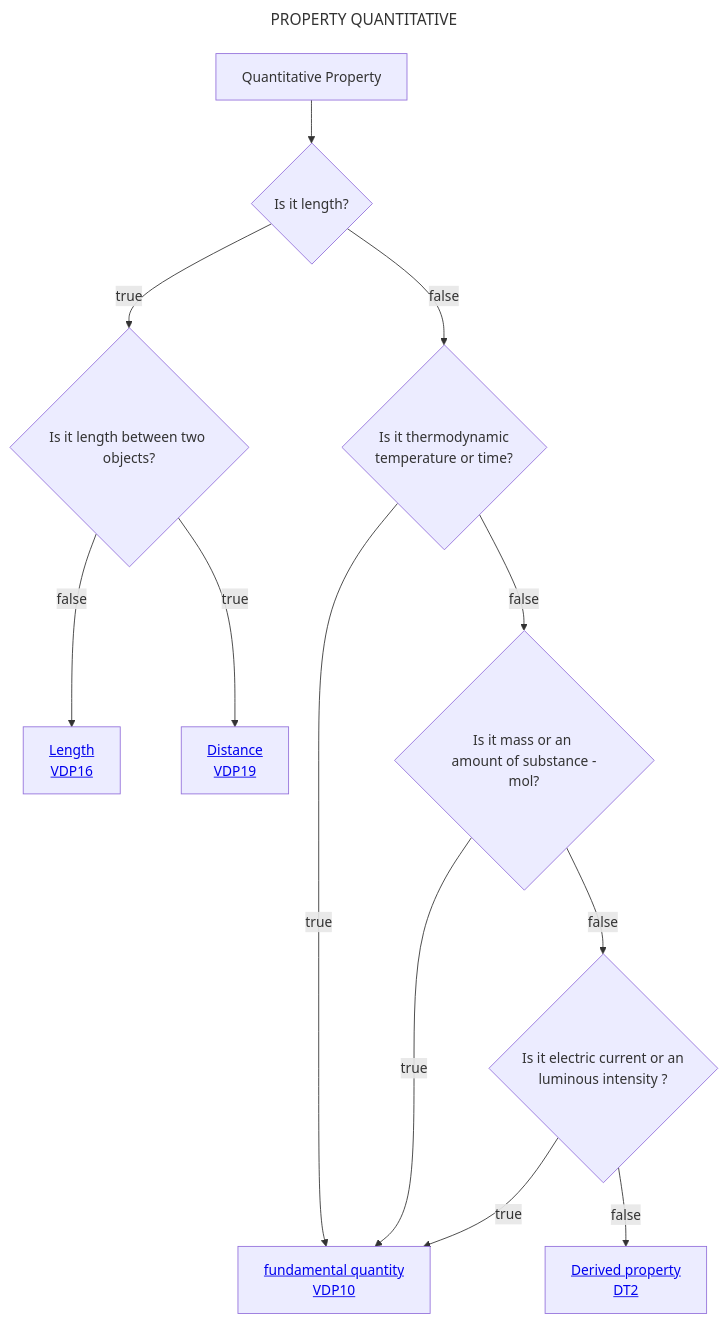
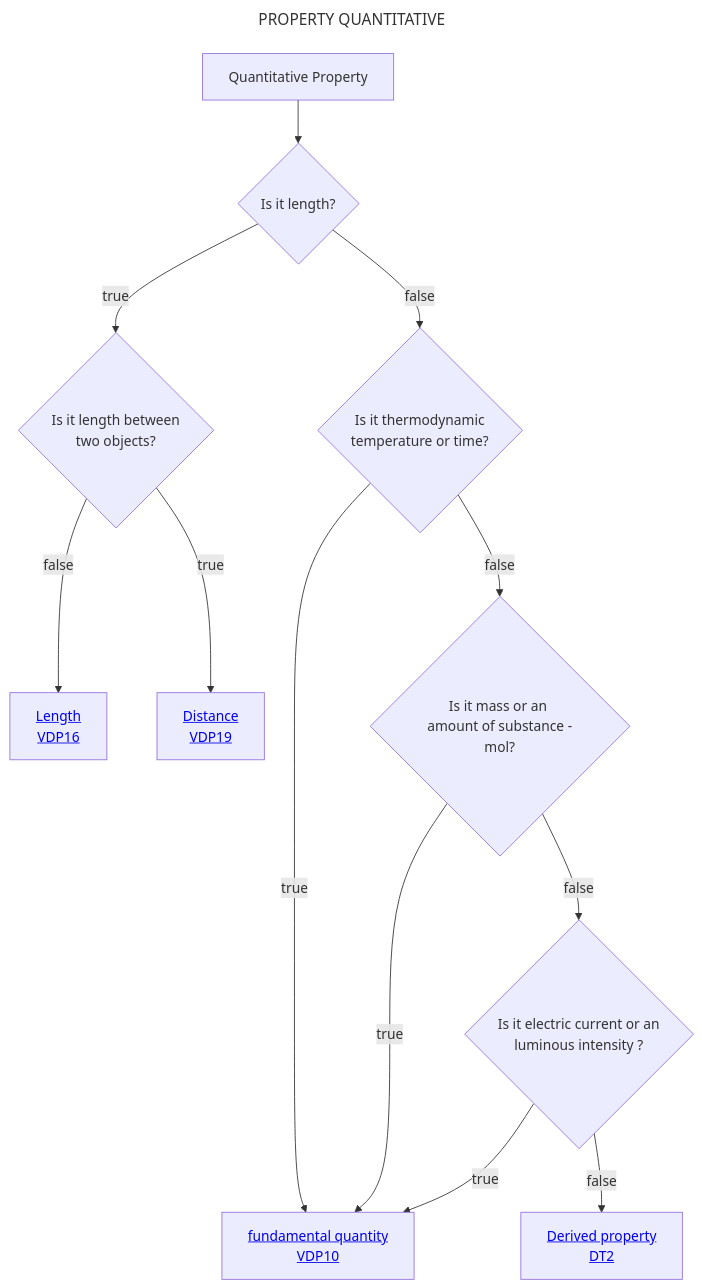
The diagram in Decisition_trees/DT1.mmd (mabablue/I-ADOPT-patterns-playground), drawn with Mermaid before and after one commit.

```diff
--- a/Decisition_trees/DT1.mmd
+++ b/Decisition_trees/DT1.mmd
@@ -1,15 +1,15 @@
 ---
 title: PROPERTY QUANTITATIVE
 ---
 flowchart TD
     A[Quantitative Property] --> C{Is it length?}
-    C --> |true|E{Is it length between two objects?}
+    C --> |true|E{Is it length between <br> two objects?}
     C --> |false|F{Is it thermodynamic <br> temperature or time?}
     F --> |true|G[<a href='https://github.com/mabablue/I-ADOPT-patterns-playground/blob/main/pattern/VDP10.yaml'>fundamental quantity <br> VDP10</a>] 
     F --> |false|H{Is it mass or an <br> amount of substance - mol?}
     H --> |true|G
     H --> |false|K{Is it electric current or an <br> luminous intensity ?}
     K --> |true|G
     K --> |false|M[<a href='https://github.com/mabablue/I-ADOPT-patterns-playground/blob/main/Decisition_trees/DT2.mmd'>Derived property <br> DT2</a>] 
     E --> |false|N[<a href='https://github.com/mabablue/I-ADOPT-patterns-playground/blob/main/pattern/VDP16.yaml'>Length <br> VDP16</a>] 
     E --> |true|O[<a href='https://github.com/mabablue/I-ADOPT-patterns-playground/blob/main/pattern/VDP19.yaml'>Distance <br> VDP19</a>] 
```
